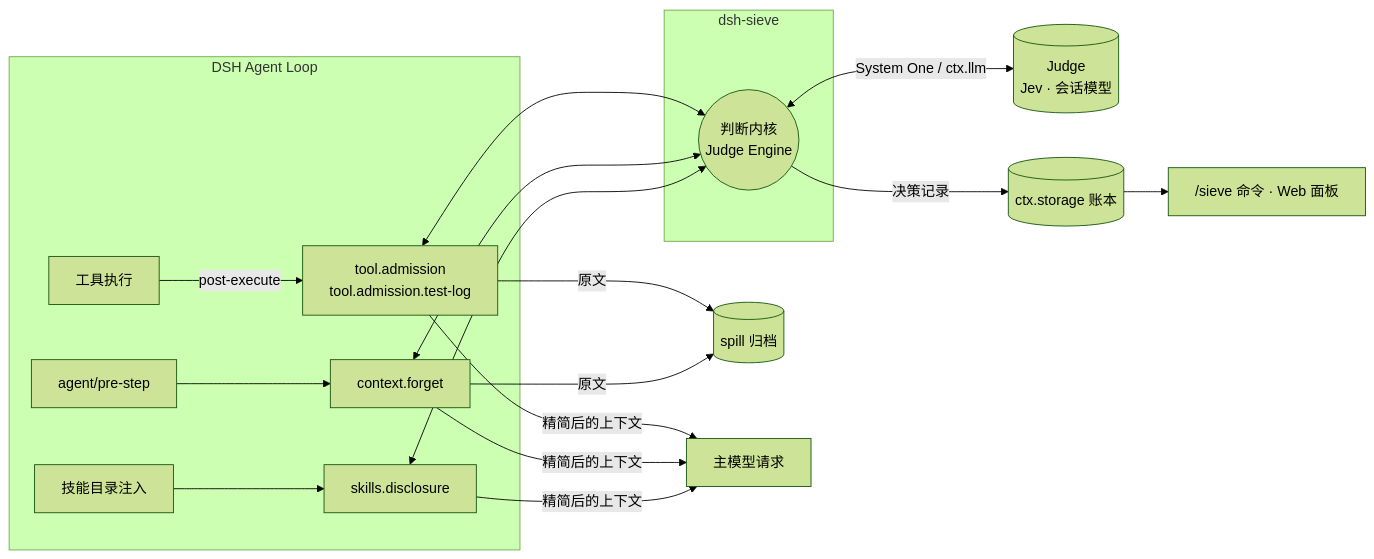
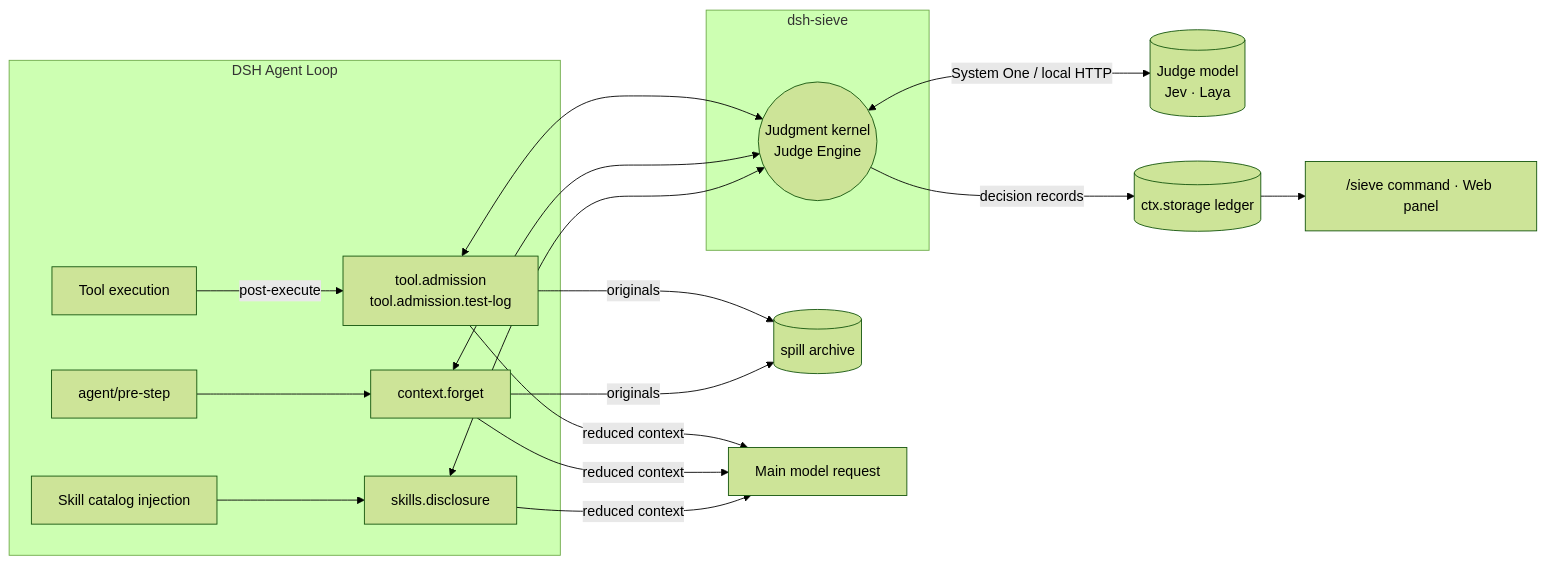
The first of 2 diagrams in README.md (Sev7eEn7/dsh-sieve), drawn with Mermaid (forest theme) before and after one commit. The commit also changed other lines of this file and 22 other files, not shown here.

Commit message:
完善 Jev/Laya 判断配置、测量与英文默认文档

````diff
--- a/README.md
+++ b/README.md
@@ -47,25 +78,25 @@
 ```mermaid
 flowchart LR
     subgraph Loop["DSH Agent Loop"]
-        T[工具执行] -->|post-execute| A
+        T[Tool execution] -->|post-execute| A
         P[agent/pre-step] --> F
-        S[技能目录注入] --> D
+        S[Skill catalog injection] --> D
     end
 
     subgraph Sieve["dsh-sieve"]
         A["tool.admission<br/>tool.admission.test-log"]
         F[context.forget]
         D[skills.disclosure]
-        K(("判断内核<br/>Judge Engine"))
+        K(("Judgment kernel<br/>Judge Engine"))
         A <--> K
         F <--> K
         D <--> K
     end
 
-    K <-->|"System One / ctx.llm"| J[("Judge<br/>Jev · 会话模型")]
-    A & F -->|原文| SP[(spill 归档)]
-    K -->|决策记录| L[(ctx.storage 账本)]
-    L --> W["/sieve 命令 · Web 面板"]
+    K <-->|"System One / local HTTP"| J[("Judge model<br/>Jev · Laya")]
+    A & F -->|originals| SP[(spill archive)]
+    K -->|decision records| L[(ctx.storage ledger)]
+    L --> W["/sieve command · Web panel"]
 
-    A & F & D -->|精简后的上下文| M[主模型请求]
+    A & F & D -->|reduced context| M[Main model request]
 ```
````
